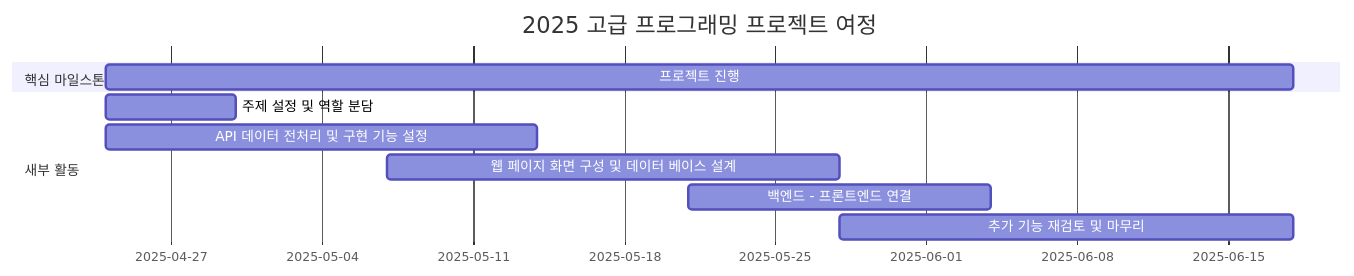
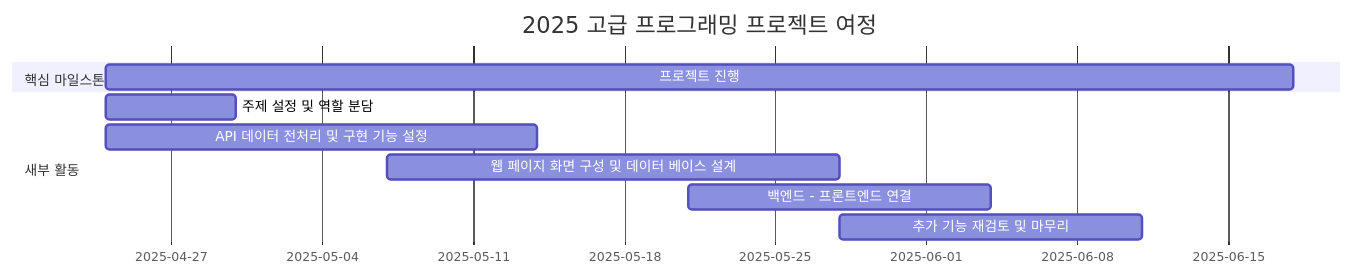
One commit to khyeonm/2025_Advanced_Programming changed the diagram in README.md. Above: the diagram before and after it, drawn with Mermaid. The commit also changed other lines of this file, not shown here.

````diff
--- a/README.md
+++ b/README.md
@@ -77,15 +77,15 @@
 ```mermaid
 gantt
     title 2025 고급 프로그래밍 프로젝트 여정
 
     section 핵심 마일스톤
     프로젝트 진행 :a1, 2025-04-24, 55d
     
     section 새부 활동
     주제 설정 및 역할 분담 :2025-04-24, 6d
     API 데이터 전처리 및 구현 기능 설정 :2025-04-24, 20d
     웹 페이지 화면 구성 및 데이터 베이스 설계 :2025-05-07, 21d
     백엔드 - 프론트엔드 연결 :2025-05-21, 14d
-    추가 기능 재검토 및 마무리 :2025-05-28, 21d
+    추가 기능 재검토 및 마무리 :2025-05-28, 14d
 
 ```
````
